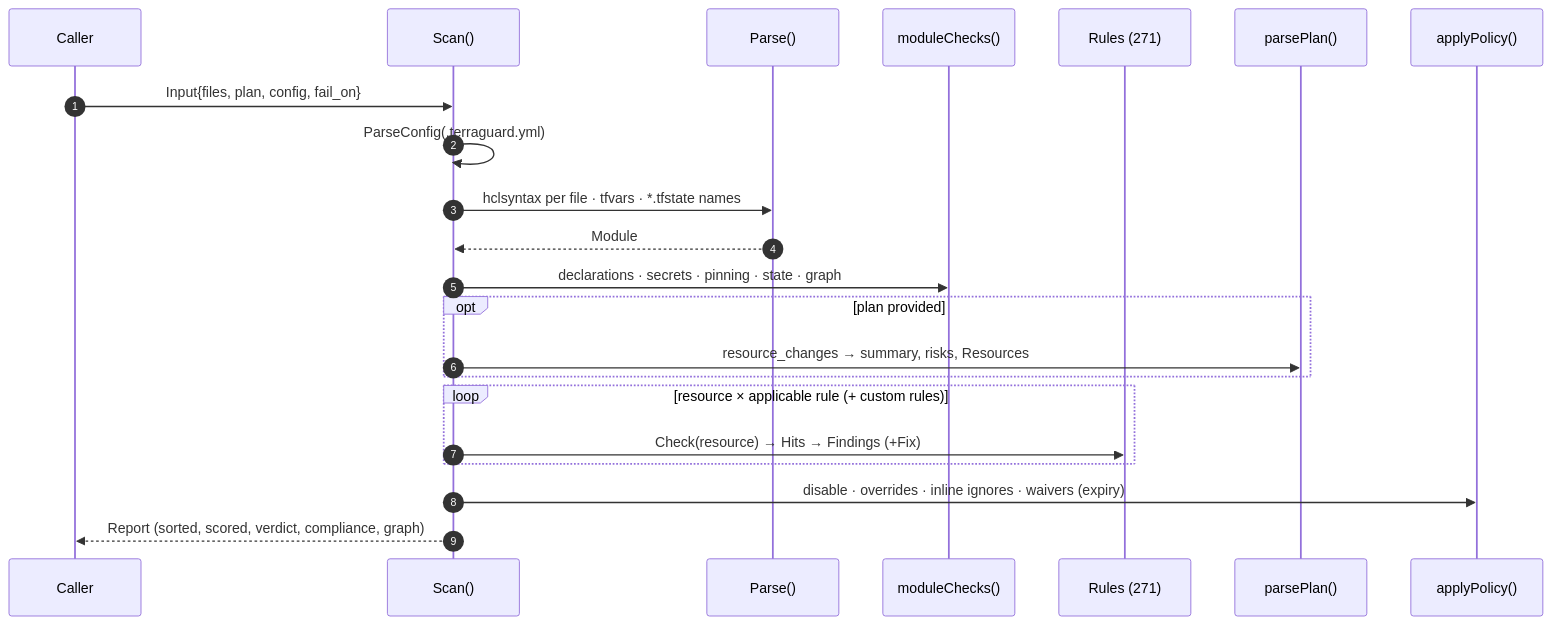
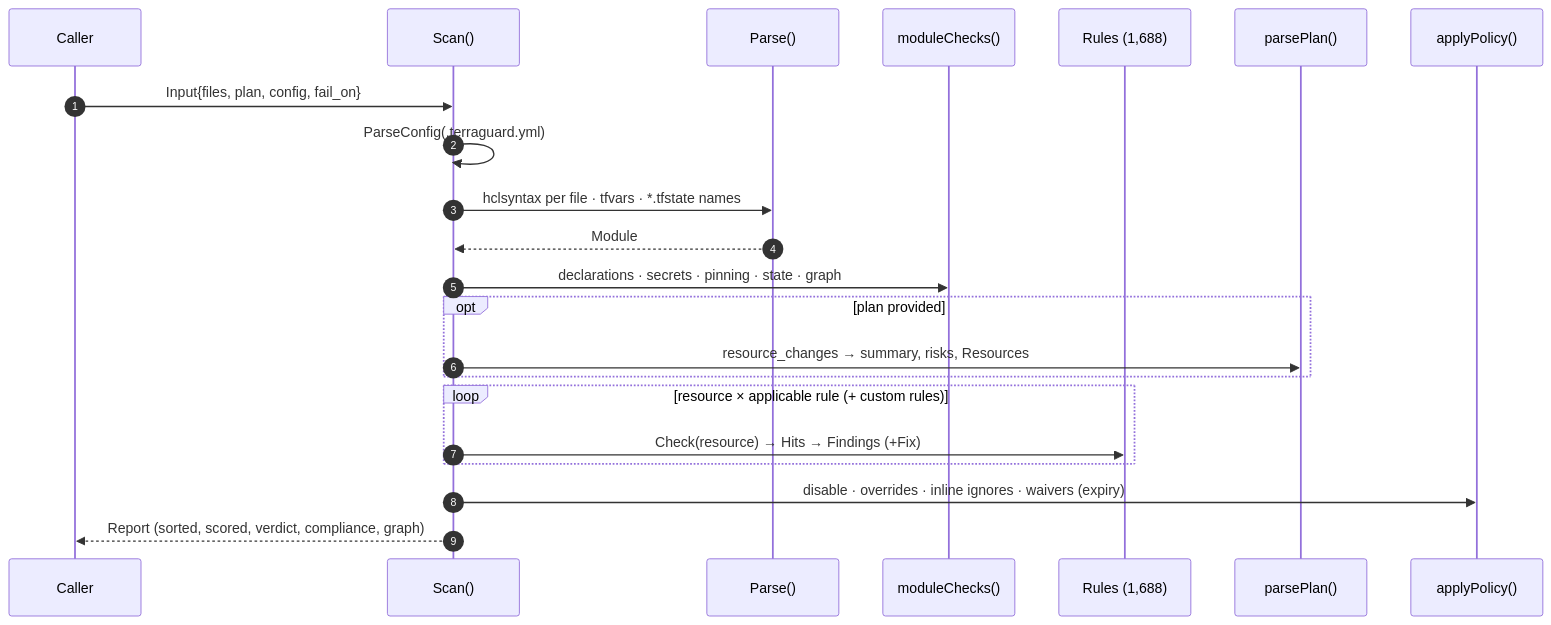
The sixth of 13 diagrams in docs/ARCHITECTURE.md (Karthik-099/TERRAGUARD), drawn with Mermaid before and after one commit. The commit also changed other lines of this file and 238 other files, not shown here.

````diff
--- a/docs/ARCHITECTURE.md
+++ b/docs/ARCHITECTURE.md
@@ -253,24 +259,24 @@
 ```mermaid
 sequenceDiagram
   autonumber
   participant C as Caller
   participant S as Scan()
   participant P as Parse()
   participant MC as moduleChecks()
-  participant RR as Rules (271)
+  participant RR as Rules (1,688)
   participant PL as parsePlan()
   participant PO as applyPolicy()
   C->>S: Input{files, plan, config, fail_on}
   S->>S: ParseConfig(.terraguard.yml)
   S->>P: hclsyntax per file · tfvars · *.tfstate names
   P-->>S: Module
   S->>MC: declarations · secrets · pinning · state · graph
   opt plan provided
     S->>PL: resource_changes → summary, risks, Resources
   end
   loop resource × applicable rule (+ custom rules)
     S->>RR: Check(resource) → Hits → Findings (+Fix)
   end
   S->>PO: disable · overrides · inline ignores · waivers (expiry)
   S-->>C: Report (sorted, scored, verdict, compliance, graph)
 ```
````
